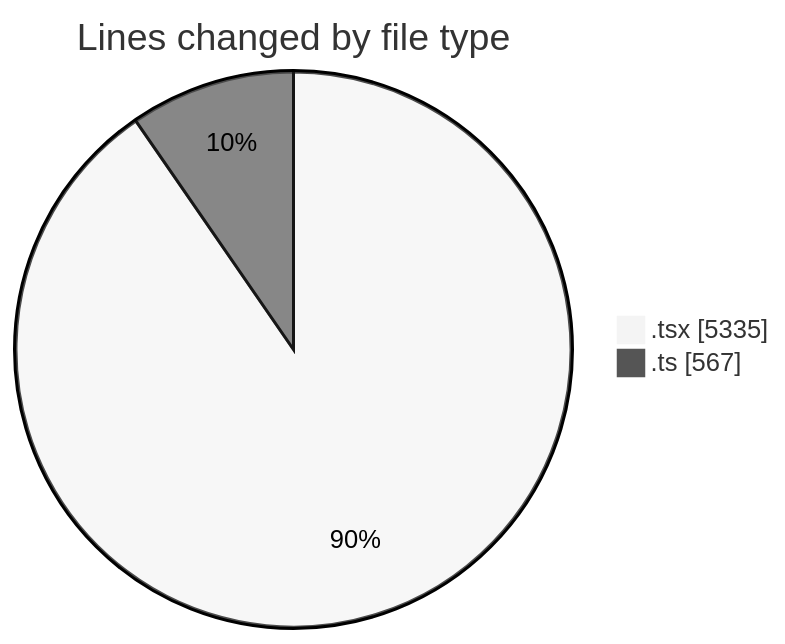
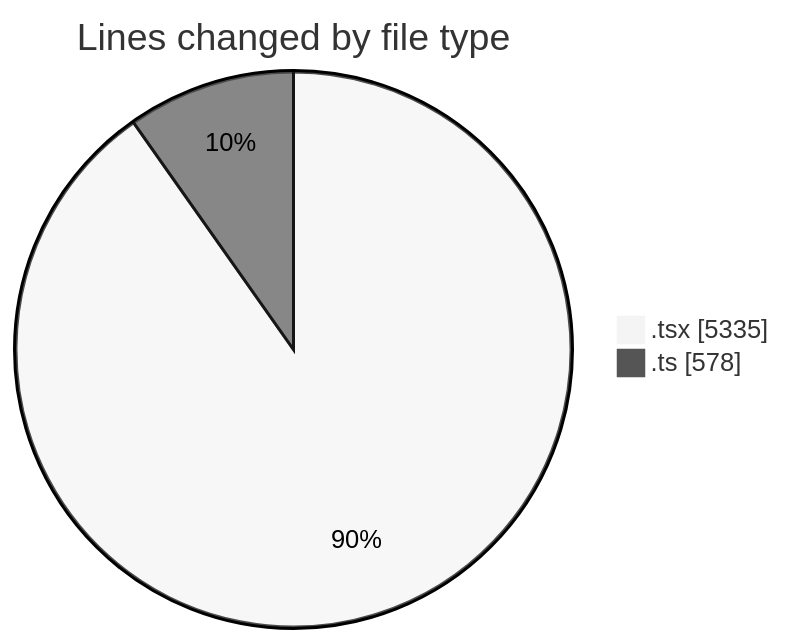
One commit to nxtqubesakshisongat/code-tracking changed the first of 2 diagrams in 2026-03-15/nxtqube_webapp/README.md. Above: the diagram before and after it, drawn with Mermaid (neutral theme). The commit also changed other lines of this file and 1 other file, not shown here.

````diff
--- a/2026-03-15/nxtqube_webapp/README.md
+++ b/2026-03-15/nxtqube_webapp/README.md
@@ -32,6 +32,6 @@
 ```mermaid
 pie showData
 title Lines changed by file type
 ".tsx" : 5335
-".ts" : 567
+".ts" : 578
 ```
````
